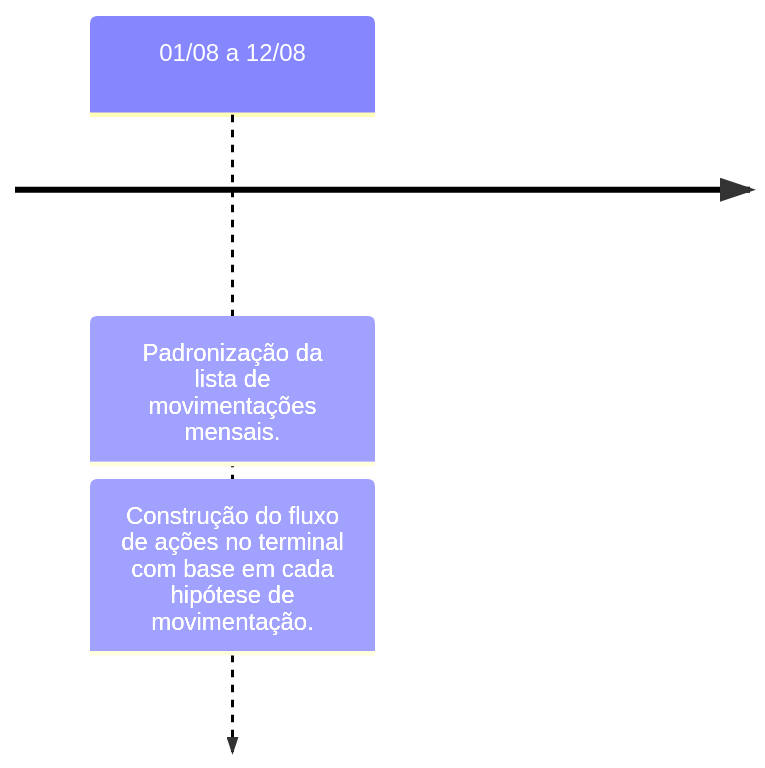
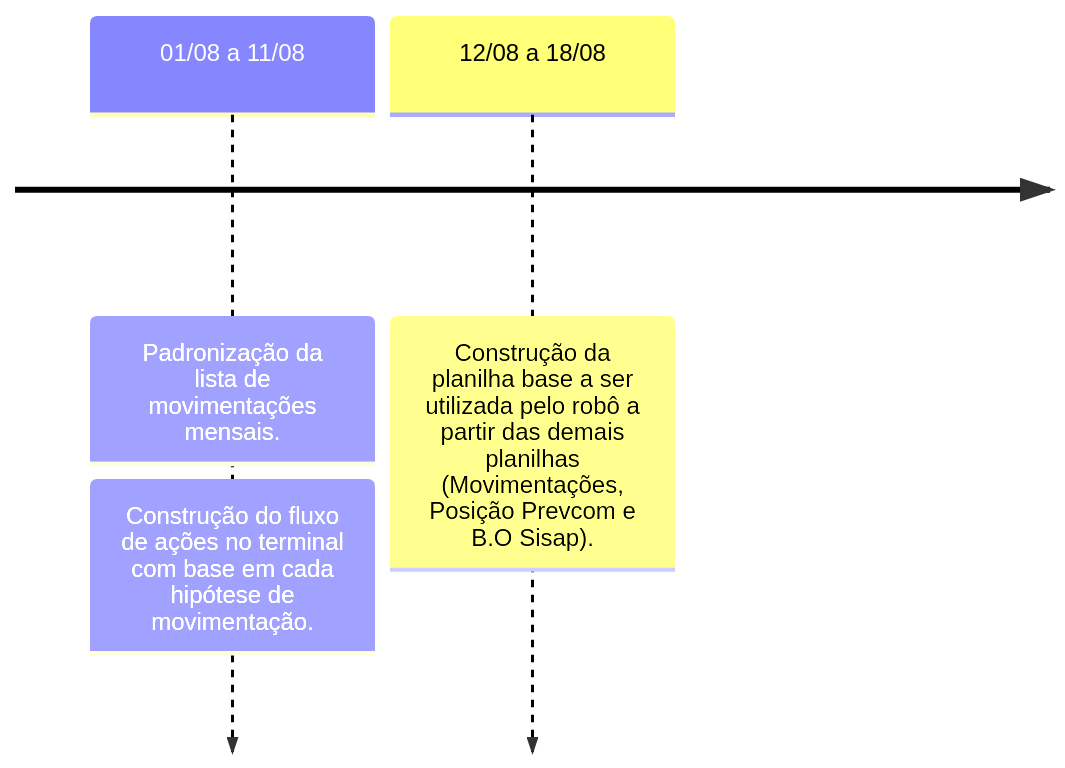
The fourth of 4 diagrams in docs/linha_do_tempo/projeto_seplag_scap.md (automatiza-mg/handbook), drawn with Mermaid before and after one commit.

Commit message:
add semana 12_08 projeto_seplag_scap.md (Prevcom)

````diff
--- a/docs/linha_do_tempo/projeto_seplag_scap.md
+++ b/docs/linha_do_tempo/projeto_seplag_scap.md
@@ -48,5 +48,6 @@
     ```mermaid
     timeline
-        01/08 a 12/08 : Padronização da lista de movimentações mensais.
+        01/08 a 11/08 : Padronização da lista de movimentações mensais.
                       : Construção do fluxo de ações no terminal com base em cada hipótese de movimentação.
+        12/08 a 18/08 : Construção da planilha base a ser utilizada pelo robô a partir das demais planilhas (Movimentações, Posição Prevcom e B.O Sisap).
     ```
````
